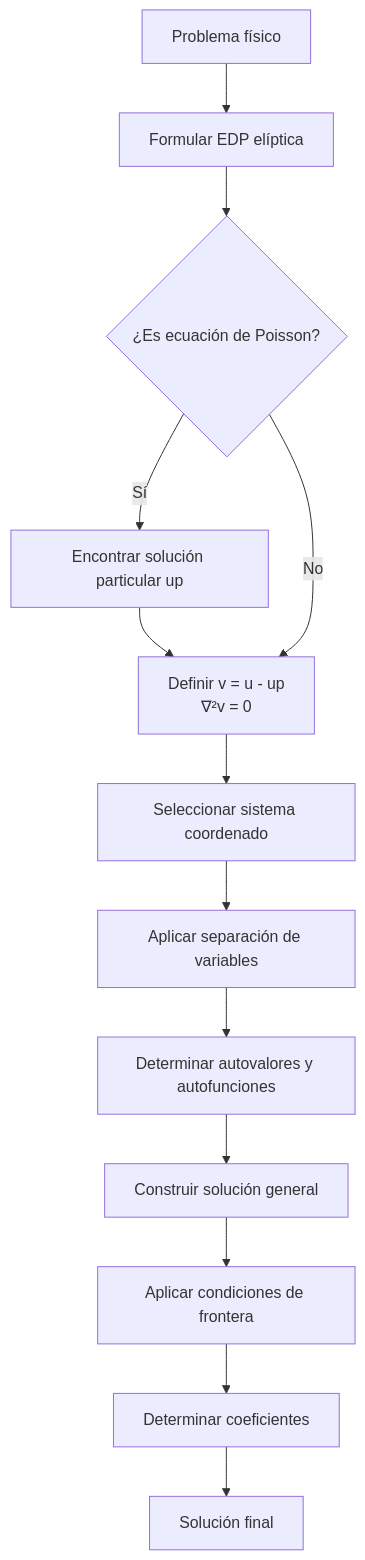
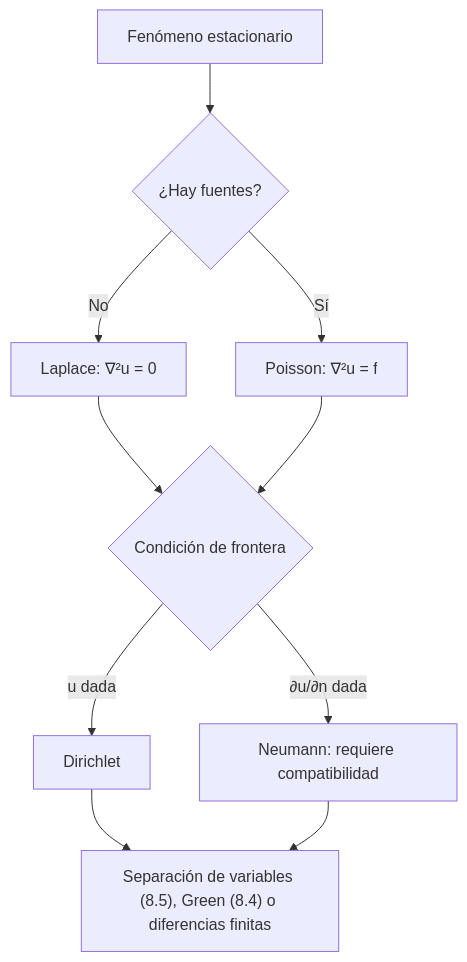
Before and after one commit to djaimej/computer-science-template: the diagram in public/documents/semester-4/3/4381.md, drawn with Mermaid. The commit also changed other lines of this file and 4 other files, not shown here.

````diff
--- a/public/documents/semester-4/3/4381.md
+++ b/public/documents/semester-4/3/4381.md
@@ -94,15 +60,12 @@
 ```mermaid
 flowchart TD
-    A[Problema físico] --> B[Formular EDP elíptica]
-    B --> C{¿Es ecuación de Poisson?}
-    C -->|Sí| D[Encontrar solución particular up]
-    D --> E[Definir v = u - up<br>∇²v = 0]
-    C -->|No| E
-    E --> F[Seleccionar sistema coordenado]
-    F --> G[Aplicar separación de variables]
-    G --> H[Determinar autovalores y autofunciones]
-    H --> I[Construir solución general]
-    I --> J[Aplicar condiciones de frontera]
-    J --> K[Determinar coeficientes]
-    K --> L[Solución final]
+    A["Fenómeno estacionario"] --> B{"¿Hay fuentes?"}
+    B -->|"No"| C["Laplace: ∇²u = 0"]
+    B -->|"Sí"| D["Poisson: ∇²u = f"]
+    C --> E{"Condición de frontera"}
+    D --> E
+    E -->|"u dada"| F["Dirichlet"]
+    E -->|"∂u/∂n dada"| G["Neumann: requiere compatibilidad"]
+    F --> H["Separación de variables (8.5), Green (8.4) o diferencias finitas"]
+    G --> H
 ```
````
